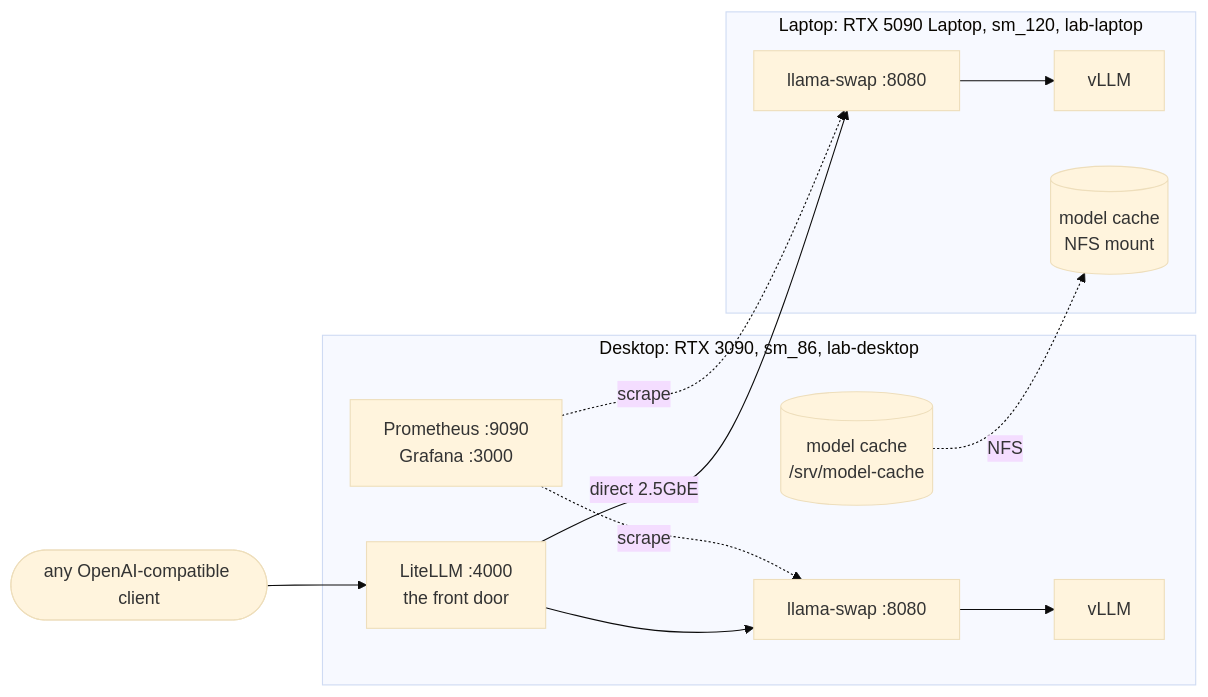
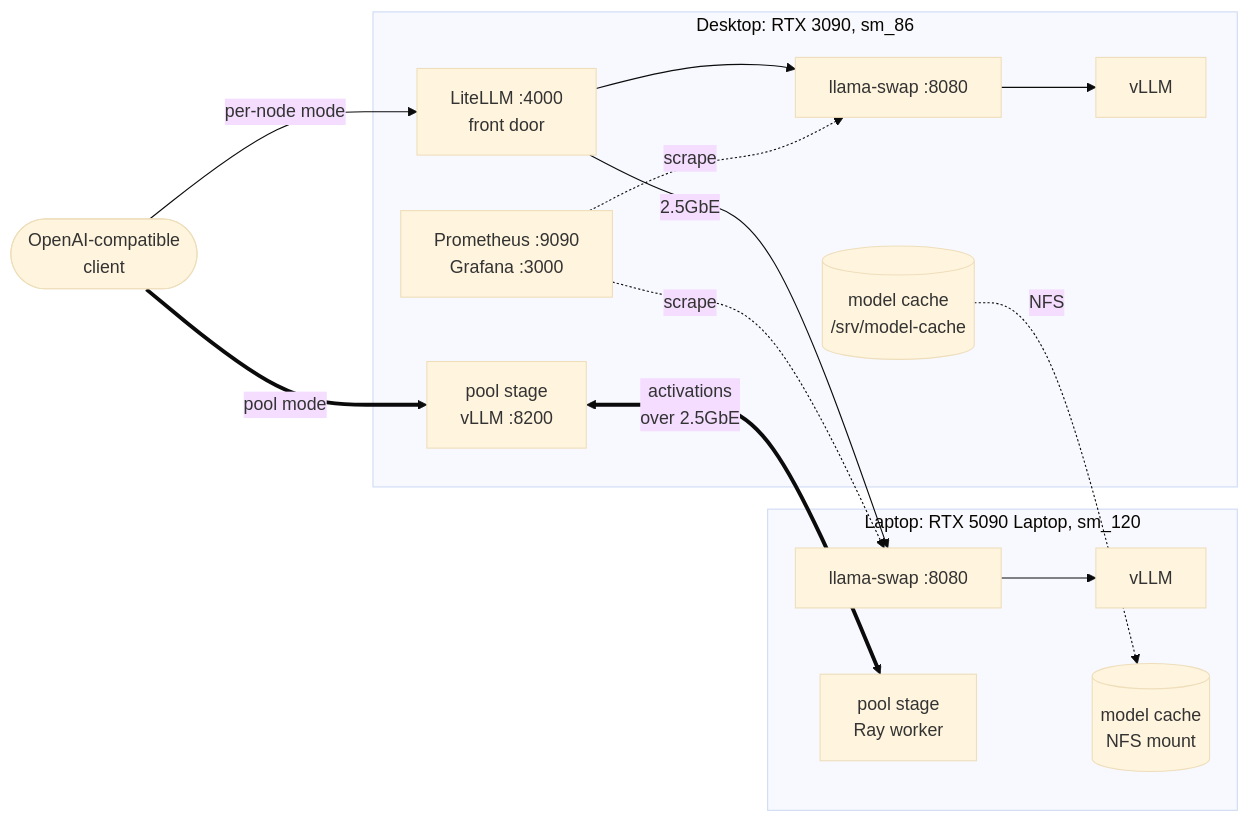
The diagram in README.md (kndclark/GPU-Lab), drawn with Mermaid (base theme) before and after one commit. The commit also changed other lines of this file, not shown here.

Commit message:
Draw pool mode in the architecture diagram
The pool is the lab's headline result and the diagram left it out.
Long labels are split over lines because GitHub clipped the client
box mid-word.

````diff
--- a/README.md
+++ b/README.md
@@ -37,22 +37,26 @@
 ```mermaid
 flowchart LR
-    client(["any OpenAI-compatible client"])
-    subgraph desktop["Desktop: RTX 3090, sm_86, lab-desktop"]
-        litellm["LiteLLM :4000<br/>the front door"]
+    client(["OpenAI-compatible<br/>client"])
+    subgraph desktop["Desktop: RTX 3090, sm_86"]
+        litellm["LiteLLM :4000<br/>front door"]
         swapD["llama-swap :8080"]
         vllmD["vLLM"]
+        poolD["pool stage<br/>vLLM :8200"]
         prom["Prometheus :9090<br/>Grafana :3000"]
         cache[("model cache<br/>/srv/model-cache")]
     end
-    subgraph laptop["Laptop: RTX 5090 Laptop, sm_120, lab-laptop"]
+    subgraph laptop["Laptop: RTX 5090 Laptop, sm_120"]
         swapL["llama-swap :8080"]
         vllmL["vLLM"]
+        poolL["pool stage<br/>Ray worker"]
         cacheL[("model cache<br/>NFS mount")]
     end
-    client --> litellm
+    client -->|per-node mode| litellm
     litellm --> swapD --> vllmD
-    litellm -->|direct 2.5GbE| swapL --> vllmL
+    litellm -->|2.5GbE| swapL --> vllmL
+    client ==>|pool mode| poolD
+    poolD <==>|"activations<br/>over 2.5GbE"| poolL
     prom -.->|scrape| swapD
     prom -.->|scrape| swapL
     cache -.->|NFS| cacheL
 ```
````
